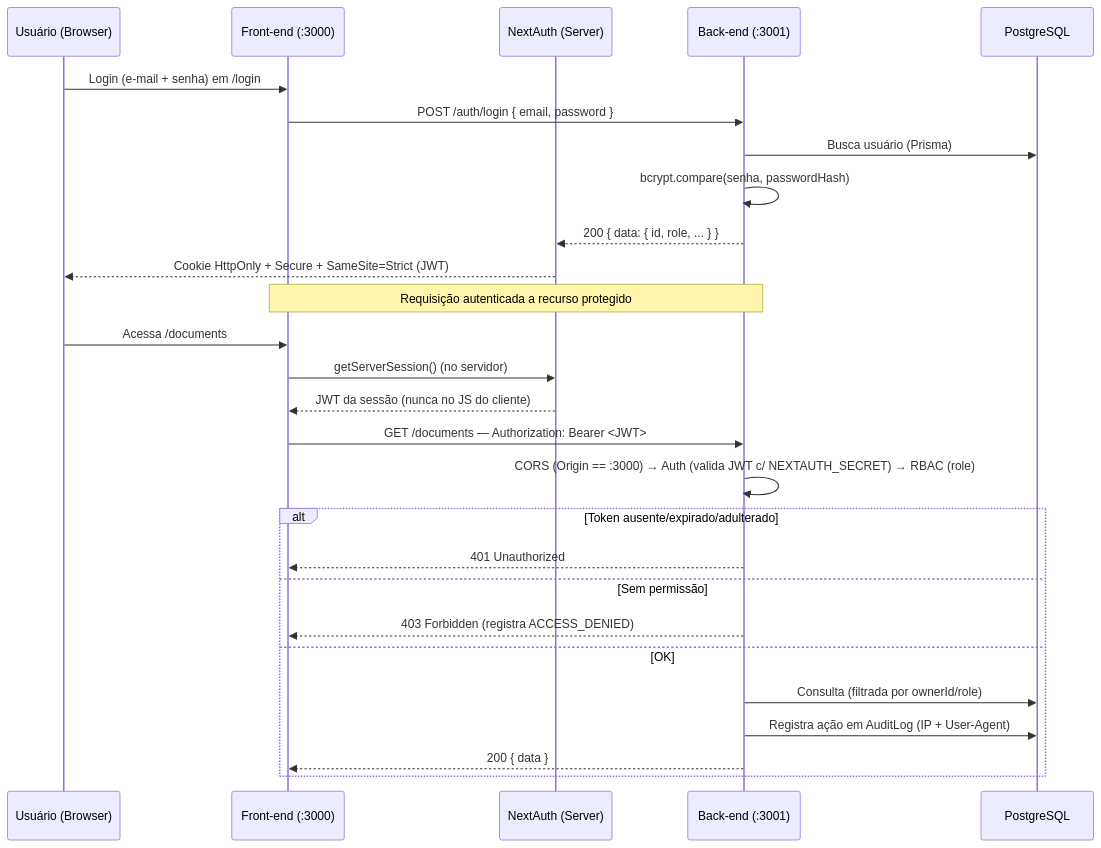
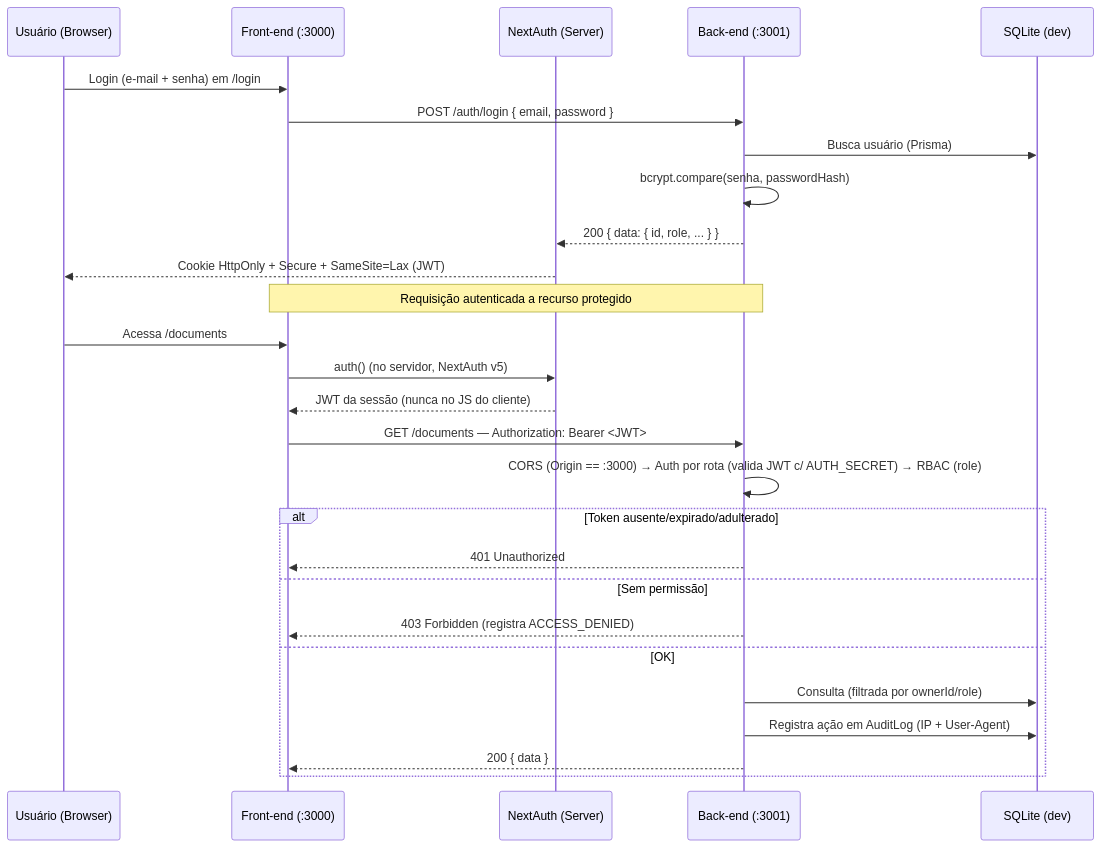
The diagram in docs/RELATORIO-TECNICO-PARCIAL.md (mendoncaluucas/draft-frontend), drawn with Mermaid before and after one commit. The commit also changed other lines of this file, not shown here.

````diff
--- a/docs/RELATORIO-TECNICO-PARCIAL.md
+++ b/docs/RELATORIO-TECNICO-PARCIAL.md
@@ -78,31 +79,31 @@
 ```mermaid
 sequenceDiagram
     participant U as Usuário (Browser)
     participant F as Front-end (:3000)
     participant N as NextAuth (Server)
     participant B as Back-end (:3001)
-    participant DB as PostgreSQL
+    participant DB as SQLite (dev)
 
     U->>F: Login (e-mail + senha) em /login
     F->>B: POST /auth/login { email, password }
     B->>DB: Busca usuário (Prisma)
     B->>B: bcrypt.compare(senha, passwordHash)
     B-->>N: 200 { data: { id, role, ... } }
-    N-->>U: Cookie HttpOnly + Secure + SameSite=Strict (JWT)
+    N-->>U: Cookie HttpOnly + Secure + SameSite=Lax (JWT)
 
     Note over F,B: Requisição autenticada a recurso protegido
     U->>F: Acessa /documents
-    F->>N: getServerSession() (no servidor)
+    F->>N: auth() (no servidor, NextAuth v5)
     N-->>F: JWT da sessão (nunca no JS do cliente)
     F->>B: GET /documents — Authorization: Bearer <JWT>
-    B->>B: CORS (Origin == :3000) → Auth (valida JWT c/ NEXTAUTH_SECRET) → RBAC (role)
+    B->>B: CORS (Origin == :3000) → Auth por rota (valida JWT c/ AUTH_SECRET) → RBAC (role)
     alt Token ausente/expirado/adulterado
         B-->>F: 401 Unauthorized
     else Sem permissão
         B-->>F: 403 Forbidden (registra ACCESS_DENIED)
     else OK
         B->>DB: Consulta (filtrada por ownerId/role)
         B->>DB: Registra ação em AuditLog (IP + User-Agent)
         B-->>F: 200 { data }
     end
 ```
````
